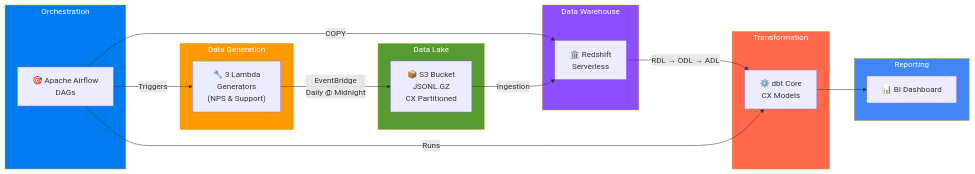
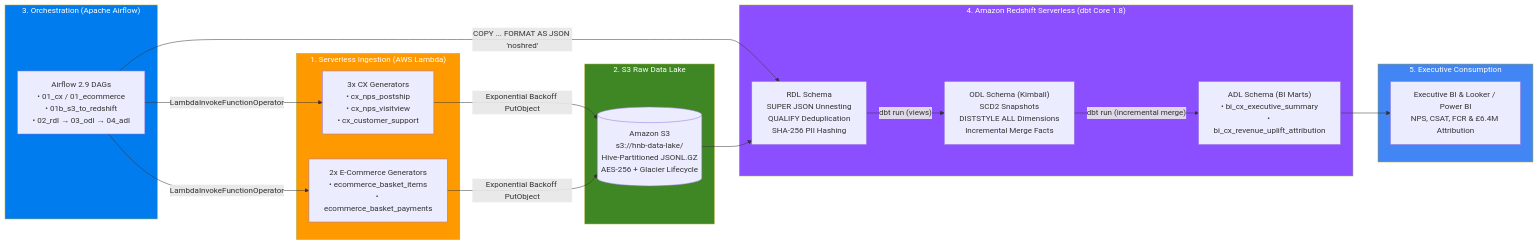
One commit to TimiOlayinka/redshift-dbt-dimensional-warehouse changed the first of 2 diagrams in README.md. Above: the diagram before and after it, drawn with Mermaid. The commit also changed other lines of this file and 65 other files, not shown here.

Commit message:
feat(dwh): complete Redshift dbt marts, FinOps tuning, SCD2 snapshots, Lambdas, Airflow & Terraform

````diff
--- a/README.md
+++ b/README.md
@@ -11,41 +28,39 @@
 ```mermaid
 flowchart LR
-    subgraph GENERATE["Data Generation"]
-        L1["🔧 3 Lambda\nGenerators\n(NPS & Support)"]
-    end
-    
-    subgraph ORCHESTRATE["Orchestration"]
-        AF["🎯 Apache Airflow\nDAGs"]
-    end
-    
-    subgraph STORE["Data Lake"]
-        S3["📦 S3 Bucket\nJSONL.GZ\nCX Partitioned"]
-    end
-    
-    subgraph WAREHOUSE["Data Warehouse"]
-        RS["🏛️ Redshift\nServerless"]
-    end
-    
-    subgraph TRANSFORM["Transformation"]
-        DBT["⚙️ dbt Core\nCX Models"]
-    end
-    
-    subgraph VISUALISE["Reporting"]
-        LS["📊 BI Dashboard"]
+    subgraph GENERATE["1. Serverless Ingestion (AWS Lambda)"]
+        L_CX["3x CX Generators\n• cx_nps_postship\n• cx_nps_visitview\n• cx_customer_support"]
+        L_EC["2x E-Commerce Generators\n• ecommerce_basket_items\n• ecommerce_basket_payments"]
     end
 
-    AF -->|"Triggers"| L1
-    L1 -->|"EventBridge\nDaily @ Midnight"| S3
-    AF -->|"COPY"| RS
-    S3 -->|"Ingestion"| RS
-    RS -->|"RDL → ODL → ADL"| DBT
-    AF -->|"Runs"| DBT
-    DBT --> LS
-    
+    subgraph LAKE["2. S3 Raw Data Lake"]
+        S3[("Amazon S3\ns3://hnb-data-lake/\nHive-Partitioned JSONL.GZ\nAES-256 + Glacier Lifecycle")]
+    end
+
+    subgraph ORCHESTRATE["3. Orchestration (Apache Airflow)"]
+        AF["Airflow 2.9 DAGs\n• 01_cx / 01_ecommerce\n• 01b_s3_to_redshift\n• 02_rdl → 03_odl → 04_adl"]
+    end
+
+    subgraph DWH["4. Amazon Redshift Serverless (dbt Core 1.8)"]
+        RDL["RDL Schema\nSUPER JSON Unnesting\nQUALIFY Deduplication\nSHA-256 PII Hashing"]
+        ODL["ODL Schema (Kimball)\nSCD2 Snapshots\nDISTSTYLE ALL Dimensions\nIncremental Merge Facts"]
+        ADL["ADL Schema (BI Marts)\n• bi_cx_executive_summary\n• bi_cx_revenue_uplift_attribution"]
+    end
+
+    subgraph BI["5. Executive Consumption"]
+        DASH["Executive BI & Looker / Power BI\nNPS, CSAT, FCR & £6.4M Attribution"]
+    end
+
+    AF -->|"LambdaInvokeFunctionOperator"| L_CX & L_EC
+    L_CX & L_EC -->|"Exponential Backoff PutObject"| S3
+    AF -->|"COPY ... FORMAT AS JSON 'noshred'"| RDL
+    S3 --> RDL
+    RDL -->|"dbt run (views)"| ODL
+    ODL -->|"dbt run (incremental merge)"| ADL
+    ADL --> DASH
+
     style GENERATE fill:#FF9900,color:#fff
+    style LAKE fill:#3F8624,color:#fff
     style ORCHESTRATE fill:#017CEE,color:#fff
-    style STORE fill:#569A31,color:#fff
-    style WAREHOUSE fill:#8C4FFF,color:#fff
-    style TRANSFORM fill:#FF694B,color:#fff
-    style VISUALISE fill:#4285F4,color:#fff
+    style DWH fill:#8C4FFF,color:#fff
+    style BI fill:#4285F4,color:#fff
 ```
````
